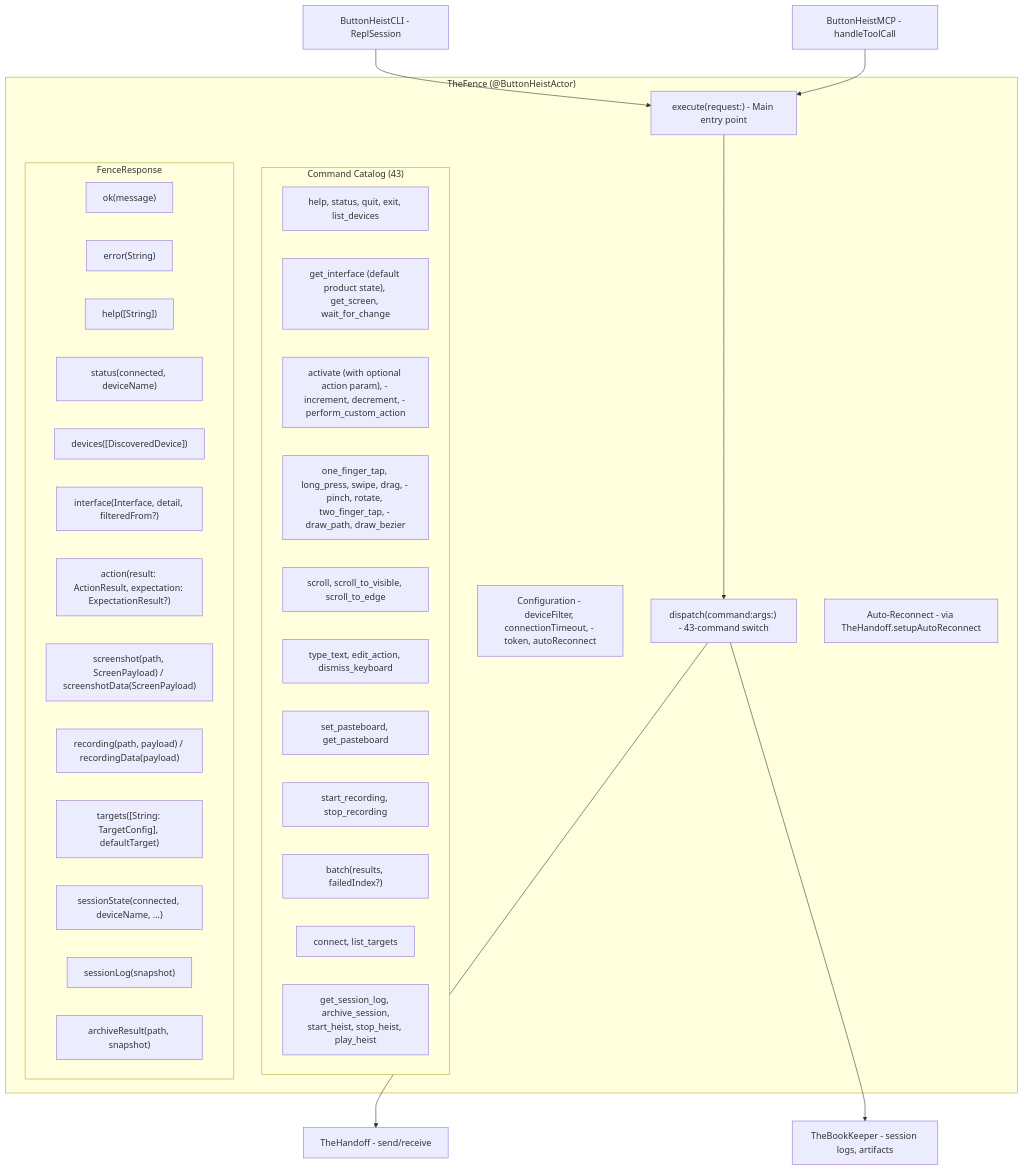
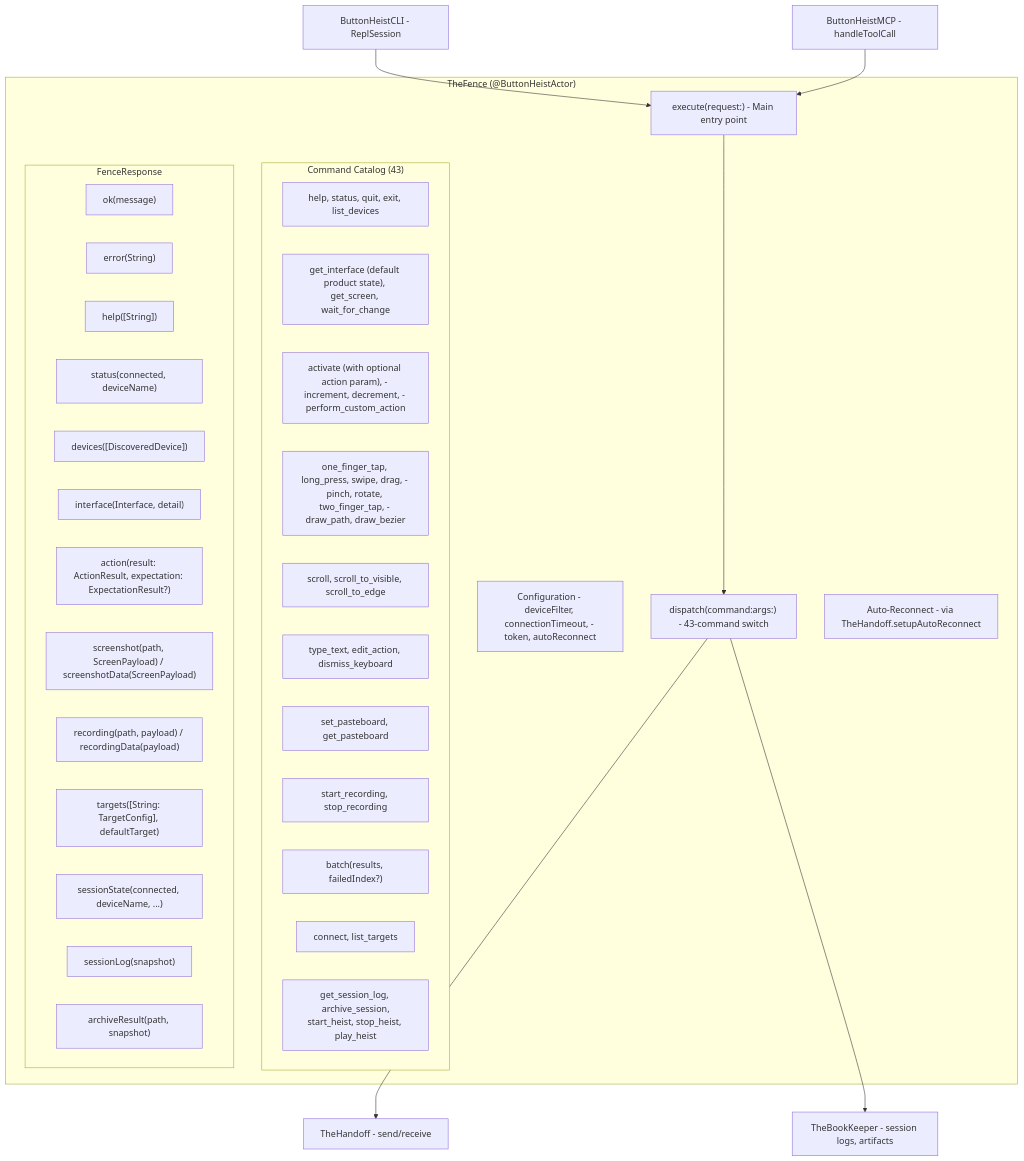
Before and after one commit to RoyalPineapple/TheButtonHeist: the first of 3 diagrams in docs/dossiers/03-THEFENCE.md, drawn with Mermaid. The commit also changed 30 other files, not shown here.

````diff
--- a/docs/dossiers/03-THEFENCE.md
+++ b/docs/dossiers/03-THEFENCE.md
@@ -29,46 +29,46 @@
 ```mermaid
 graph TD
     subgraph TheFence["TheFence (@ButtonHeistActor)"]
         Config["Configuration - deviceFilter, connectionTimeout, - token, autoReconnect"]
         Execute["execute(request:) - Main entry point"]
         Dispatch["dispatch(command:args:) - 43-command switch"]
         Reconnect["Auto-Reconnect - via TheHandoff.setupAutoReconnect"]
 
         subgraph Commands["Command Catalog (43)"]
             Conn["help, status, quit, exit, list_devices"]
             IF["get_interface (default product state), get_screen, wait_for_change"]
             Access["activate (with optional action param), - increment, decrement, - perform_custom_action"]
             Gesture["one_finger_tap, long_press, swipe, drag, - pinch, rotate, two_finger_tap, - draw_path, draw_bezier"]
             Scroll["scroll, scroll_to_visible, scroll_to_edge"]
             Text["type_text, edit_action, dismiss_keyboard"]
             Pasteboard["set_pasteboard, get_pasteboard"]
             Rec["start_recording, stop_recording"]
             Batch["run_batch, get_session_state, wait_for"]
             Target["connect, list_targets"]
             BookKeeper["get_session_log, archive_session,\nstart_heist, stop_heist, play_heist"]
         end
 
         subgraph Response["FenceResponse"]
             Ok["ok(message)"]
             Err["error(String)"]
             Help["help([String])"]
             Status["status(connected, deviceName)"]
             DevList["devices([DiscoveredDevice])"]
-            IFResp["interface(Interface, detail, filteredFrom?)"]
+            IFResp["interface(Interface, detail)"]
             Action["action(result: ActionResult, expectation: ExpectationResult?)"]
             Screenshot["screenshot(path, ScreenPayload) / screenshotData(ScreenPayload)"]
             Recording["recording(path, payload) / recordingData(payload)"]
             Targets["targets([String: TargetConfig], defaultTarget)"]
             Batch["batch(results, failedIndex?)"]
             SessionState["sessionState(connected, deviceName, ...)"]
             SessionLog["sessionLog(snapshot)"]
             ArchiveResult["archiveResult(path, snapshot)"]
         end
     end
 
     CLI["ButtonHeistCLI - ReplSession"] --> Execute
     MCP["ButtonHeistMCP - handleToolCall"] --> Execute
     Execute --> Dispatch
     Dispatch --> Client["TheHandoff - send/receive"]
     Dispatch --> BookKeeperObj["TheBookKeeper - session logs, artifacts"]
 ```
````
